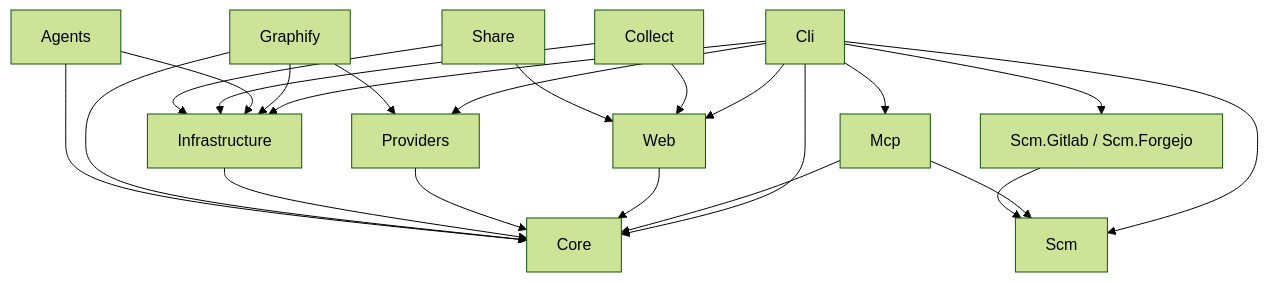
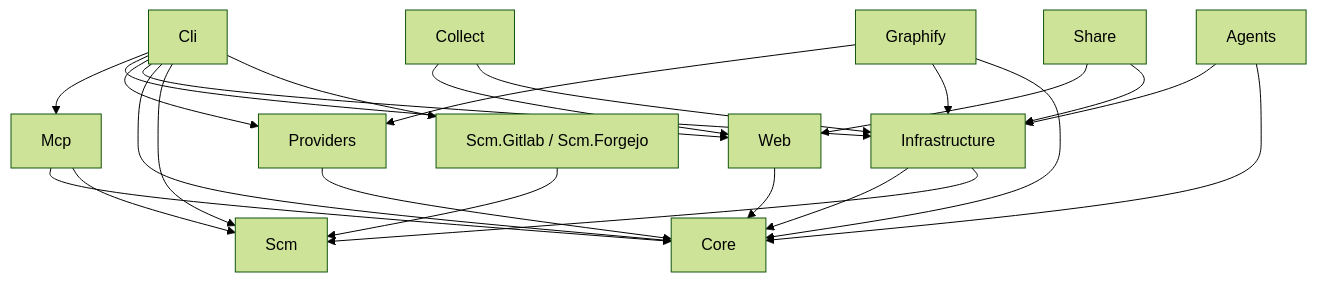
One commit to dmako/ai-harness changed the diagram in doc/architecture/README.md. Above: the diagram before and after it, drawn with Mermaid (forest theme). The commit also changed other lines of this file and 31 other files, not shown here.

````diff
--- a/doc/architecture/README.md
+++ b/doc/architecture/README.md
@@ -26,25 +26,26 @@
 ```mermaid
 flowchart TD
     Cli --> Mcp
     Cli --> Web
     Cli --> Providers
     Cli --> Infrastructure
     Cli --> Core
     Mcp --> Core
     Web --> Core
     Providers --> Core
     Infrastructure --> Core
     Graphify --> Providers
     Graphify --> Infrastructure
     Graphify --> Core
     Agents --> Infrastructure
     Agents --> Core
     Collect --> Web
     Collect --> Infrastructure
     Share --> Web
     Share --> Infrastructure
     Cli --> Scm
     Cli --> ScmProviders[Scm.Gitlab / Scm.Forgejo]
     Mcp --> Scm
     ScmProviders --> Scm
+    Infrastructure --> Scm
 ```
````
